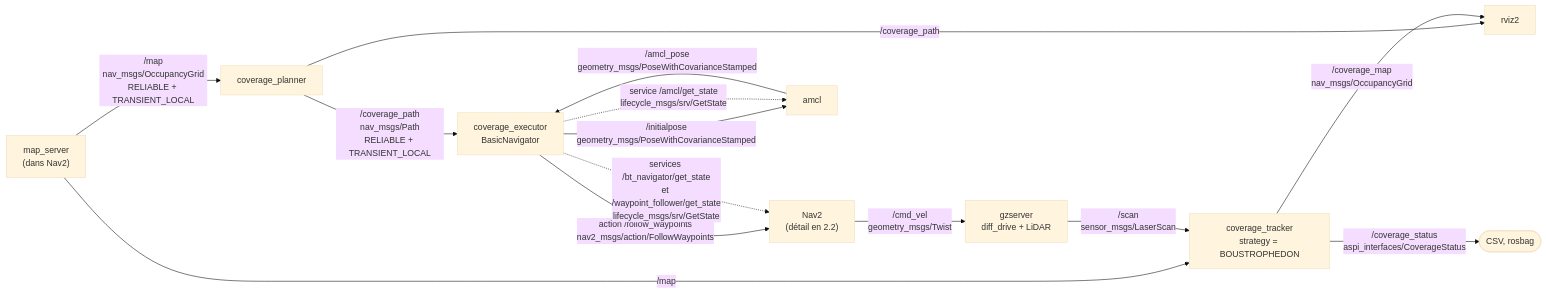
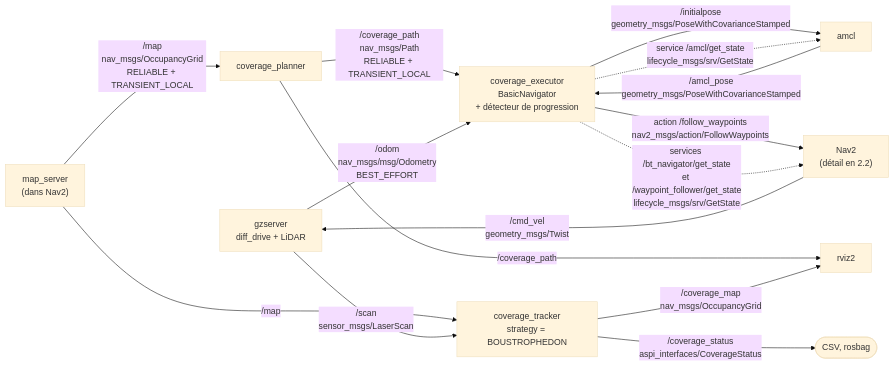
The fourth of 10 diagrams in docs/ARCHITECTURE.md (Maximator13/robot-aspirateur-ros2), drawn with Mermaid (base theme) before and after one commit. The commit also changed other lines of this file and 7 other files, not shown here.

First line of the commit message:
Phase 0 pour débloquer le run B réel : détecteur de progression, mode sans AMCL, diagnostic

````diff
--- a/docs/ARCHITECTURE.md
+++ b/docs/ARCHITECTURE.md
@@ -127,26 +127,27 @@
 ```mermaid
 flowchart LR
     GZ["gzserver<br/>diff_drive + LiDAR"]
     MS["map_server<br/>(dans Nav2)"]
     PL["coverage_planner"]
-    EX["coverage_executor<br/>BasicNavigator"]
+    EX["coverage_executor<br/>BasicNavigator<br/>+ détecteur de progression"]
     NAV["Nav2<br/>(détail en 2.2)"]
     AMCL["amcl"]
     TR["coverage_tracker<br/>strategy = BOUSTROPHEDON"]
     RV["rviz2"]
     OUT(["CSV, rosbag"])
 
     MS -- "/map<br/>nav_msgs/OccupancyGrid<br/>RELIABLE + TRANSIENT_LOCAL" --> PL
     MS -- "/map" --> TR
     PL -- "/coverage_path<br/>nav_msgs/Path<br/>RELIABLE + TRANSIENT_LOCAL" --> EX
     PL -- "/coverage_path" --> RV
     EX -- "/initialpose<br/>geometry_msgs/PoseWithCovarianceStamped" --> AMCL
     AMCL -- "/amcl_pose<br/>geometry_msgs/PoseWithCovarianceStamped" --> EX
     EX -- "action /follow_waypoints<br/>nav2_msgs/action/FollowWaypoints" --> NAV
     EX -. "service /amcl/get_state<br/>lifecycle_msgs/srv/GetState" .-> AMCL
     EX -. "services /bt_navigator/get_state<br/>et /waypoint_follower/get_state<br/>lifecycle_msgs/srv/GetState" .-> NAV
     GZ -- "/scan<br/>sensor_msgs/LaserScan" --> TR
+    GZ -- "/odom<br/>nav_msgs/msg/Odometry<br/>BEST_EFFORT" --> EX
     NAV -- "/cmd_vel<br/>geometry_msgs/Twist" --> GZ
     TR -- "/coverage_map<br/>nav_msgs/OccupancyGrid" --> RV
     TR -- "/coverage_status<br/>aspi_interfaces/CoverageStatus" --> OUT
 ```
````
